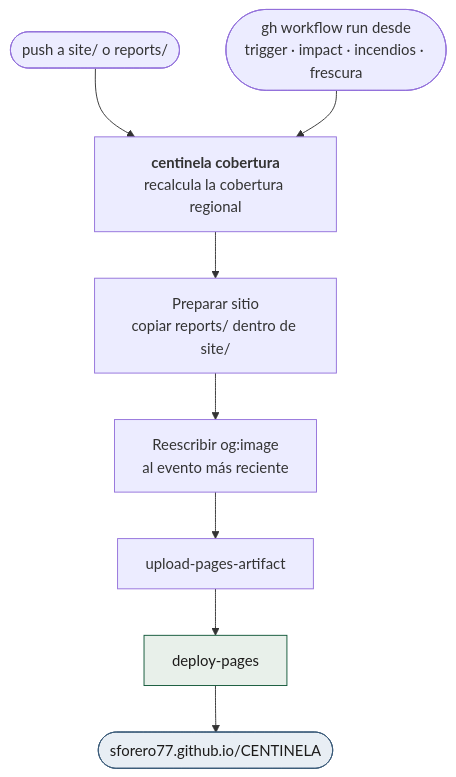
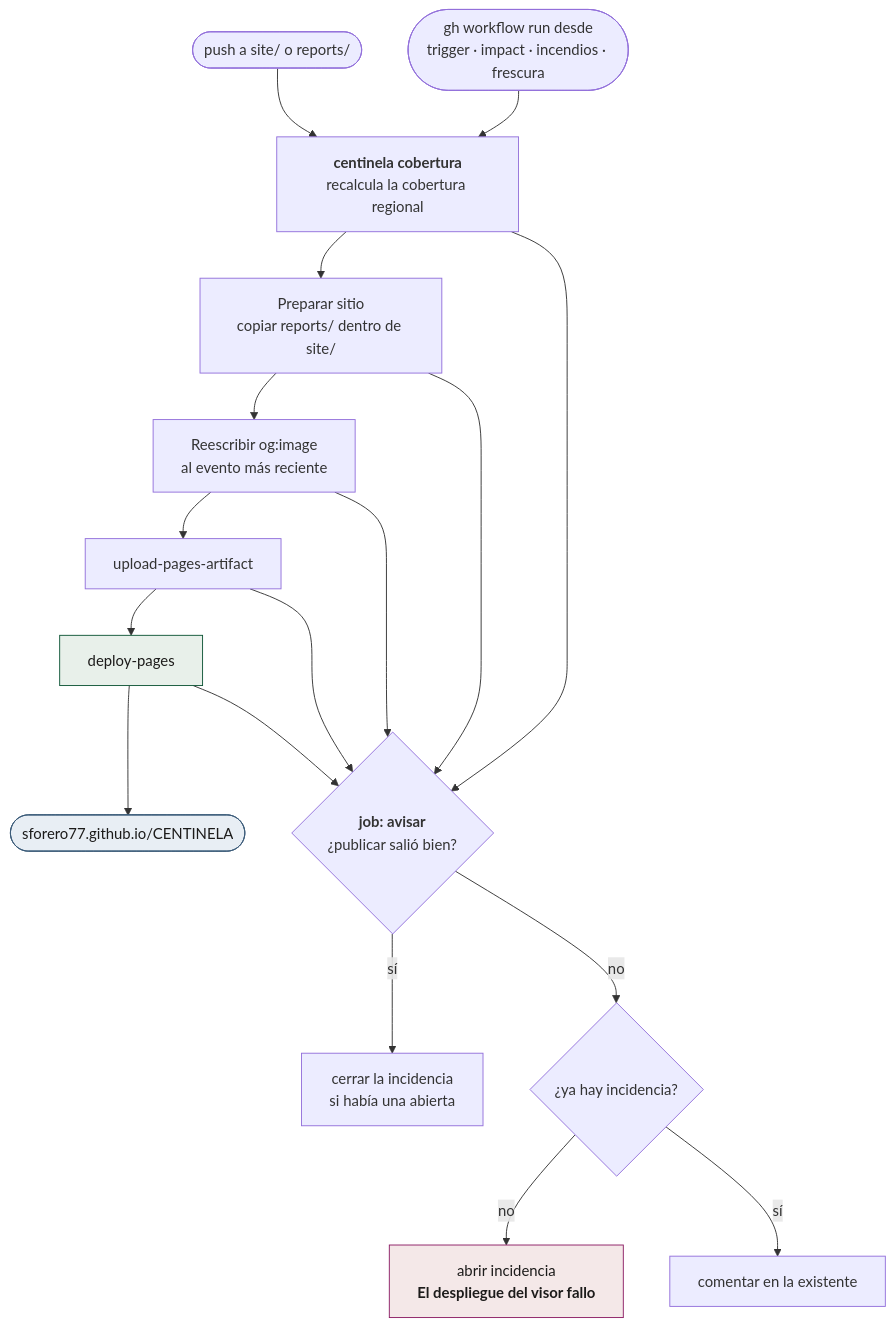
Before and after one commit to sforero77/CENTINELA: the fourth of 15 diagrams in docs/acciones/por-reloj.md, drawn with Mermaid. The commit also changed other lines of this file and 20 other files, not shown here.

````diff
--- a/docs/acciones/por-reloj.md
+++ b/docs/acciones/por-reloj.md
@@ -198,14 +214,21 @@
 ```mermaid
 flowchart TB
   T1(["push a site/ o reports/"]) --> COB
   T2(["gh workflow run desde<br/>trigger · impact · incendios · frescura"]) --> COB
 
   COB["<b>centinela cobertura</b><br/>recalcula la cobertura regional"] --> PREP["Preparar sitio<br/>copiar reports/ dentro de site/"]
   PREP --> OG["Reescribir og:image<br/>al evento más reciente"]
   OG --> ART["upload-pages-artifact"]
   ART --> DEP["deploy-pages"]
   DEP --> PAGES(["sforero77.github.io/CENTINELA"])
 
+  COB & PREP & OG & ART & DEP --> AV{"<b>job: avisar</b><br/>¿publicar salió bien?"}
+  AV -->|sí| CIERRA["cerrar la incidencia<br/>si había una abierta"]
+  AV -->|no| DEDUP{"¿ya hay incidencia?"}
+  DEDUP -->|no| NUEVA["abrir incidencia<br/><b>El despliegue del visor fallo</b>"]
+  DEDUP -->|sí| COMENT["comentar en la existente"]
+
   style DEP fill:#e8f0ea,stroke:#0f5636,color:#1c1b1a
   style PAGES fill:#e8eef4,stroke:#3a5a78,color:#1c1b1a
+  style NUEVA fill:#f4e8e8,stroke:#8c1d64,color:#1c1b1a
 ```
````
